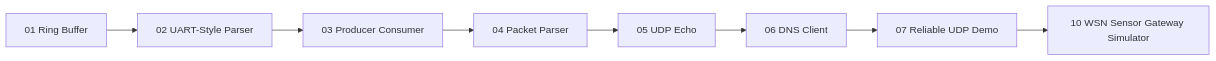
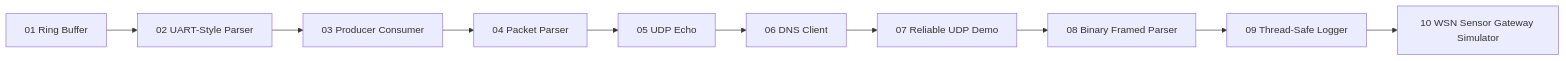
One commit to colenator123-design/firmware-systems-lab changed the first of 2 diagrams in README.md. Above: the diagram before and after it, drawn with Mermaid. The commit also changed other lines of this file and 3 other files, not shown here.

Commit message:
Refresh firmware portfolio roadmap

````diff
--- a/README.md
+++ b/README.md
@@ -12,10 +12,12 @@
 ```mermaid
 flowchart LR
     A[01 Ring Buffer] --> B[02 UART-Style Parser]
     B --> C[03 Producer Consumer]
     C --> D[04 Packet Parser]
     D --> E[05 UDP Echo]
     E --> F[06 DNS Client]
     F --> G[07 Reliable UDP Demo]
-    G --> H[10 WSN Sensor Gateway Simulator]
+    G --> H[08 Binary Framed Parser]
+    H --> I[09 Thread-Safe Logger]
+    I --> J[10 WSN Sensor Gateway Simulator]
 ```
````
